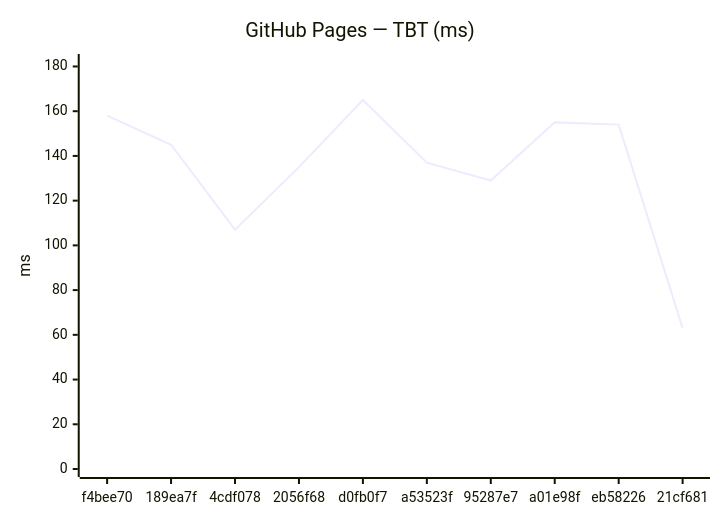
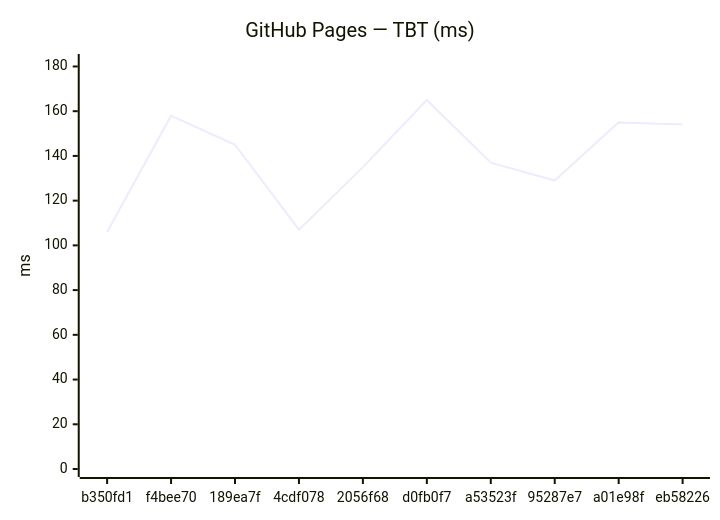
Before and after one commit to Metaheurist/Rianell: the fourth of 18 diagrams in benchmarks/compare.md, drawn with Mermaid. The commit also changed other lines of this file and 11 other files, not shown here.

````diff
--- a/benchmarks/compare.md
+++ b/benchmarks/compare.md
@@ -61,7 +61,7 @@
 ```mermaid
 xychart-beta
     title "GitHub Pages — TBT (ms)"
-    x-axis ["f4bee70", "189ea7f", "4cdf078", "2056f68", "d0fb0f7", "a53523f", "95287e7", "a01e98f", "eb58226", "21cf681"]
+    x-axis ["b350fd1", "f4bee70", "189ea7f", "4cdf078", "2056f68", "d0fb0f7", "a53523f", "95287e7", "a01e98f", "eb58226"]
     y-axis "ms" 0 --> 182
-    line [158, 145, 107, 135, 165, 137, 129, 155, 154, 63]
+    line [106, 158, 145, 107, 135, 165, 137, 129, 155, 154]
 ```
````
